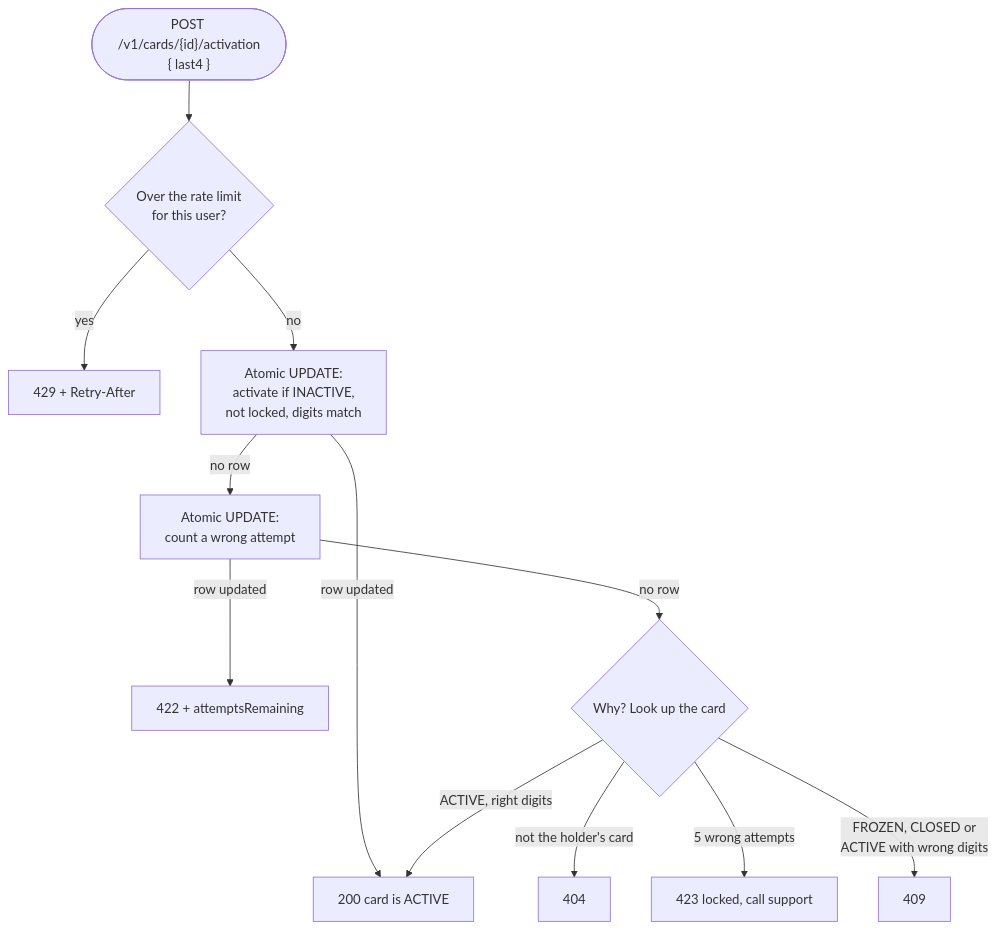
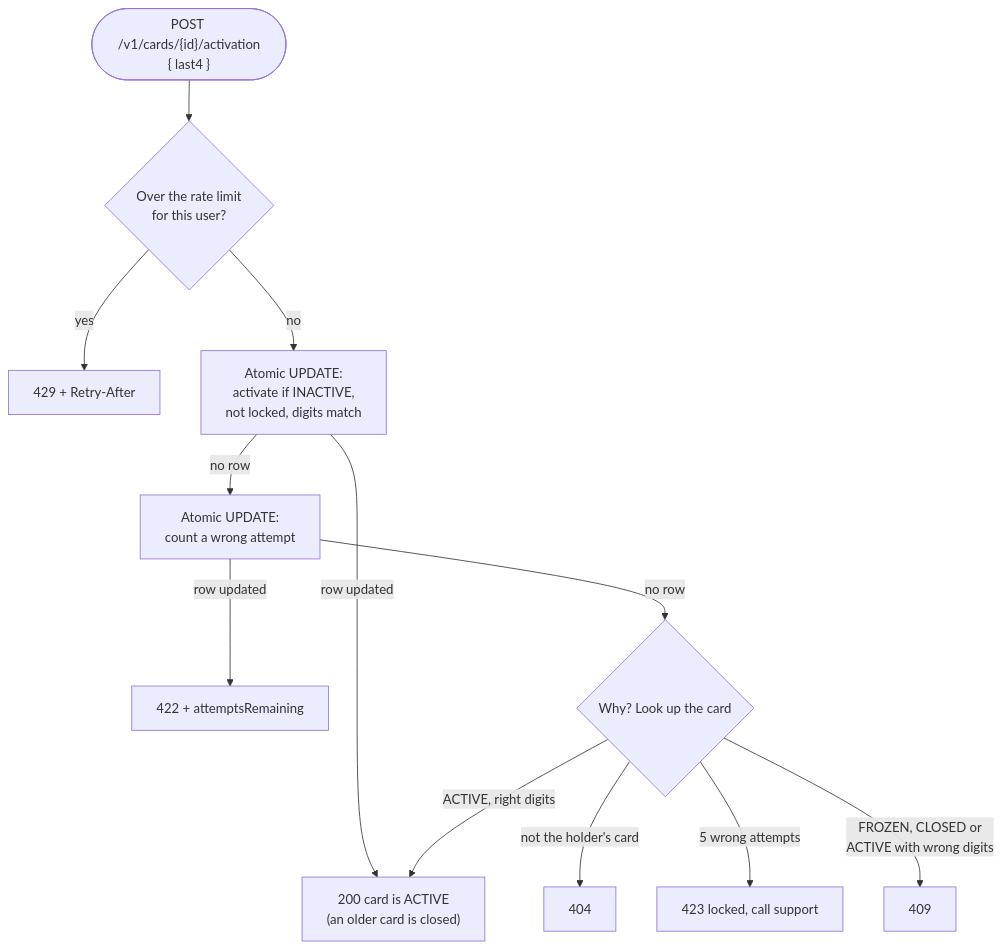
The fourth of 4 diagrams in README.md (maxaakre/qred-case), drawn with Mermaid before and after one commit. The commit also changed other lines of this file and 25 other files, not shown here.

````diff
--- a/README.md
+++ b/README.md
@@ -193,14 +193,14 @@
 ```mermaid
 flowchart TD
     start(["POST /v1/cards/{id}/activation<br/>{ last4 }"]) --> rate{"Over the rate limit<br/>for this user?"}
     rate -- yes --> r429["429 + Retry-After"]
     rate -- no --> try["Atomic UPDATE:<br/>activate if INACTIVE,<br/>not locked, digits match"]
-    try -- row updated --> ok["200 card is ACTIVE"]
+    try -- row updated --> ok["200 card is ACTIVE<br/>(an older card is closed)"]
     try -- no row --> fail["Atomic UPDATE:<br/>count a wrong attempt"]
     fail -- row updated --> r422["422 + attemptsRemaining"]
     fail -- no row --> look{"Why? Look up the card"}
     look -- "not the holder's card" --> r404["404"]
     look -- "ACTIVE, right digits" --> ok
     look -- "5 wrong attempts" --> r423["423 locked, call support"]
     look -- "FROZEN, CLOSED or<br/>ACTIVE with wrong digits" --> r409["409"]
 ```
````
